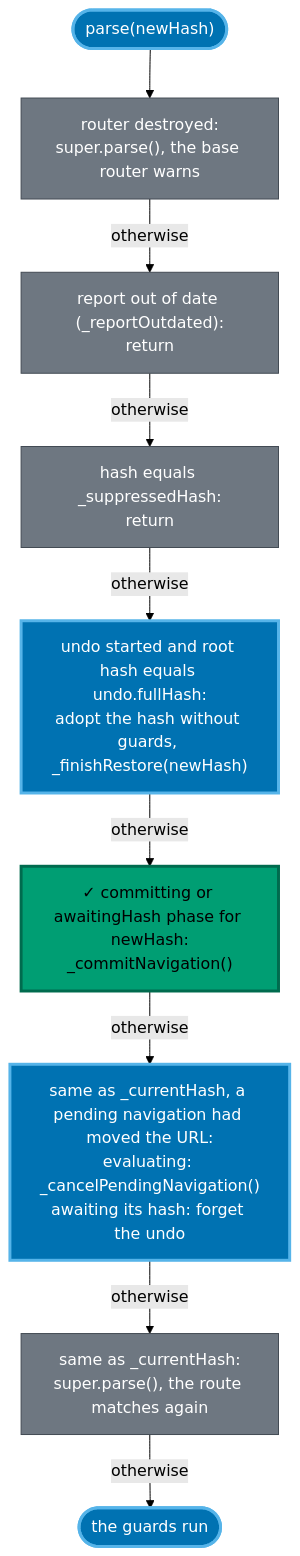
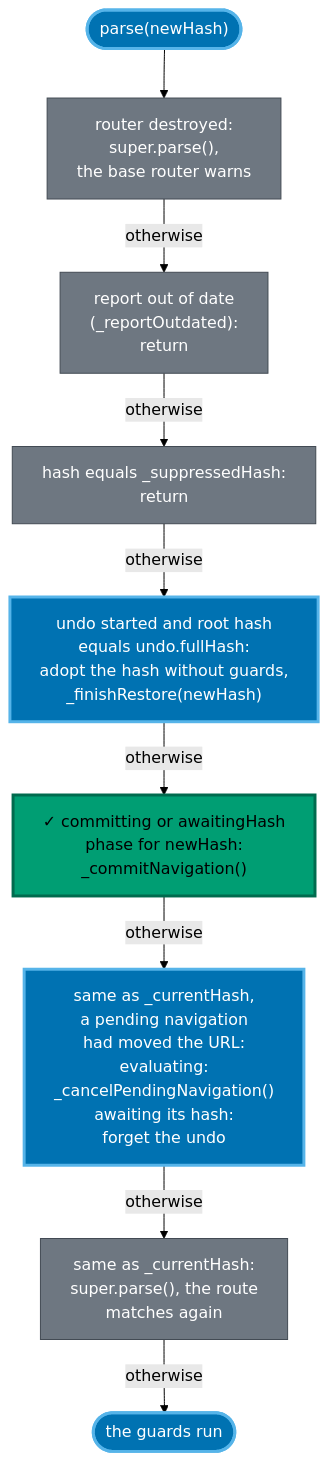
The first of 10 diagrams in docs/reference/architecture.md (wridgeu/ui5-lib-guard-router), drawn with Mermaid (forest theme) before and after one commit. The commit also changed other lines of this file and 12 other files, not shown here.

````diff
--- a/docs/reference/architecture.md
+++ b/docs/reference/architecture.md
@@ -194,18 +194,23 @@
 ```mermaid
+---
+config:
+  flowchart:
+    wrappingWidth: 300
+---
 flowchart TD
-    start(["parse(newHash)"]) --> destroyed["router destroyed:<br/>super.parse(), the base router warns"]
-    destroyed -- "otherwise" --> outdated["report out of date (_reportOutdated):<br/>return"]
+    start(["parse(newHash)"]) --> destroyed["router destroyed:<br/>super.parse(),<br/>the base router warns"]
+    destroyed -- "otherwise" --> outdated["report out of date<br/>(_reportOutdated):<br/>return"]
     outdated -- "otherwise" --> suppress["hash equals _suppressedHash:<br/>return"]
-    suppress -- "otherwise" --> back["undo started and root hash equals undo.fullHash:<br/>adopt the hash without guards, _finishRestore(newHash)"]
-    back -- "otherwise" --> redir["✓ committing or awaitingHash phase for newHash:<br/>_commitNavigation()"]
-    redir -- "otherwise" --> moved["same as _currentHash, a pending navigation had moved the URL:<br/>evaluating: _cancelPendingNavigation()<br/>awaiting its hash: forget the undo"]
-    moved -- "otherwise" --> again["same as _currentHash:<br/>super.parse(), the route matches again"]
+    suppress -- "otherwise" --> back["undo started and root hash<br/>equals undo.fullHash:<br/>adopt the hash without guards,<br/>_finishRestore(newHash)"]
+    back -- "otherwise" --> redir["✓ committing or awaitingHash<br/>phase for newHash:<br/>_commitNavigation()"]
+    redir -- "otherwise" --> moved["same as _currentHash,<br/>a pending navigation<br/>had moved the URL:<br/>evaluating:<br/>_cancelPendingNavigation()<br/>awaiting its hash:<br/>forget the undo"]
+    moved -- "otherwise" --> again["same as _currentHash:<br/>super.parse(), the route<br/>matches again"]
     again -- "otherwise" --> guards(["the guards run"])
 
     classDef native fill:#6e7781,stroke:#424a53,color:#ffffff
     classDef added fill:#0072B2,stroke:#56B4E9,stroke-width:3px,color:#ffffff
     classDef commit fill:#009E73,stroke:#006b4e,stroke-width:3px,color:#000000
     class destroyed,outdated,suppress,again native
     class start,back,moved,guards added
     class redir commit
 ```
````
